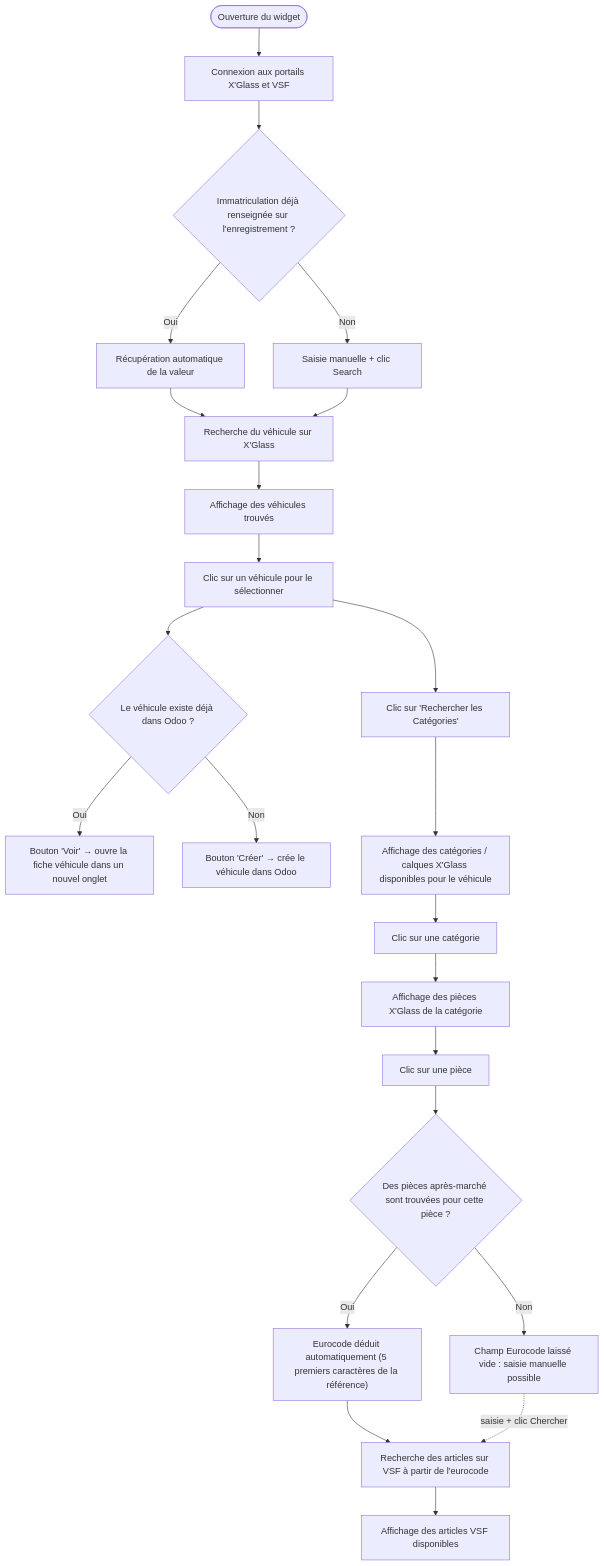
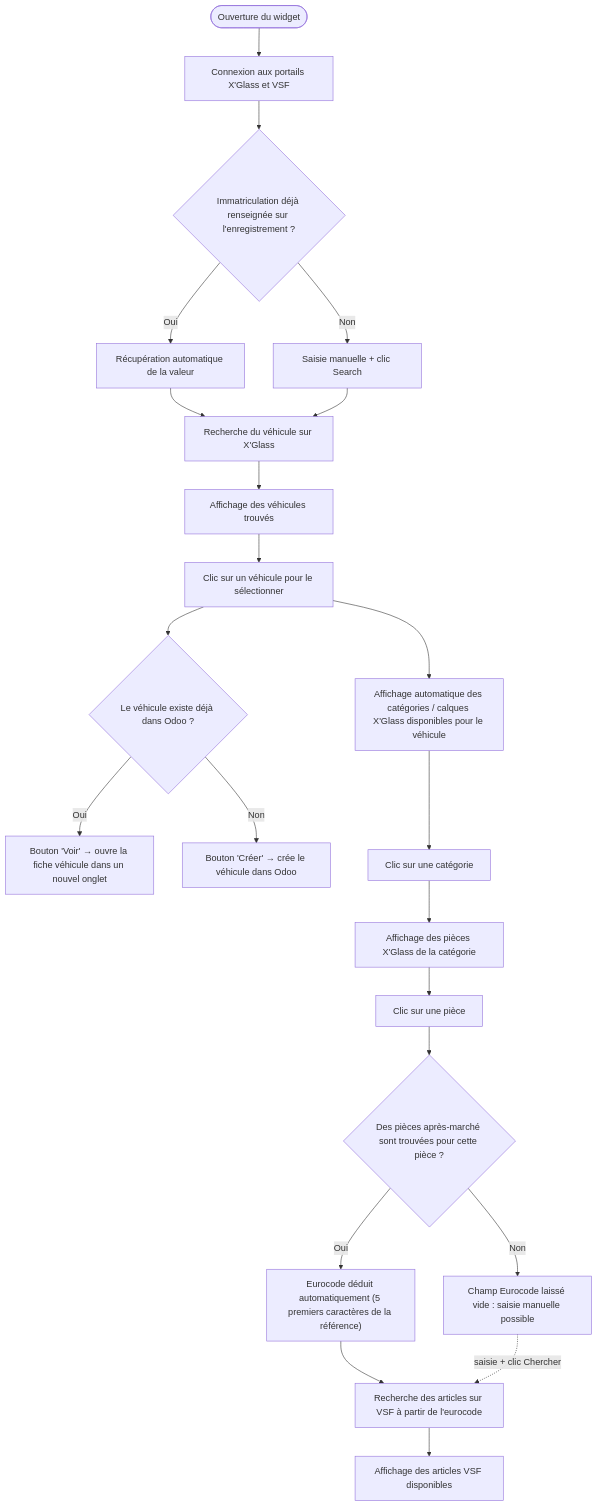
Before and after one commit to rpbmSdk/rpbm: the first of 3 diagrams in rpbm_agent/docs/fonctionnel/parcours-utilisateur.md, drawn with Mermaid. The commit also changed other lines of this file and 16 other files, not shown here.

````diff
--- a/rpbm_agent/docs/fonctionnel/parcours-utilisateur.md
+++ b/rpbm_agent/docs/fonctionnel/parcours-utilisateur.md
@@ -11,25 +11,24 @@
 ```mermaid
 flowchart TD
     A([Ouverture du widget]) --> B[Connexion aux portails X'Glass et VSF]
     B --> C{Immatriculation déjà renseignée sur l'enregistrement ?}
     C -->|Oui| D[Récupération automatique de la valeur]
     C -->|Non| E[Saisie manuelle + clic Search]
     D --> F[Recherche du véhicule sur X'Glass]
     E --> F
     F --> G[Affichage des véhicules trouvés]
     G --> H[Clic sur un véhicule pour le sélectionner]
     H --> I{Le véhicule existe déjà dans Odoo ?}
     I -->|Oui| J["Bouton 'Voir' → ouvre la fiche véhicule dans un nouvel onglet"]
     I -->|Non| K["Bouton 'Créer' → crée le véhicule dans Odoo"]
-    H --> L["Clic sur 'Rechercher les Catégories'"]
-    L --> M[Affichage des catégories / calques X'Glass disponibles pour le véhicule]
+    H --> M[Affichage automatique des catégories / calques X'Glass disponibles pour le véhicule]
     M --> N[Clic sur une catégorie]
     N --> O[Affichage des pièces X'Glass de la catégorie]
     O --> P[Clic sur une pièce]
     P --> Q{Des pièces après-marché sont trouvées pour cette pièce ?}
     Q -->|Oui| R["Eurocode déduit automatiquement (5 premiers caractères de la référence)"]
     Q -->|Non| S["Champ Eurocode laissé vide : saisie manuelle possible"]
     R --> T[Recherche des articles sur VSF à partir de l'eurocode]
     S -.->|saisie + clic Chercher| T
     T --> U[Affichage des articles VSF disponibles]
 ```
````
